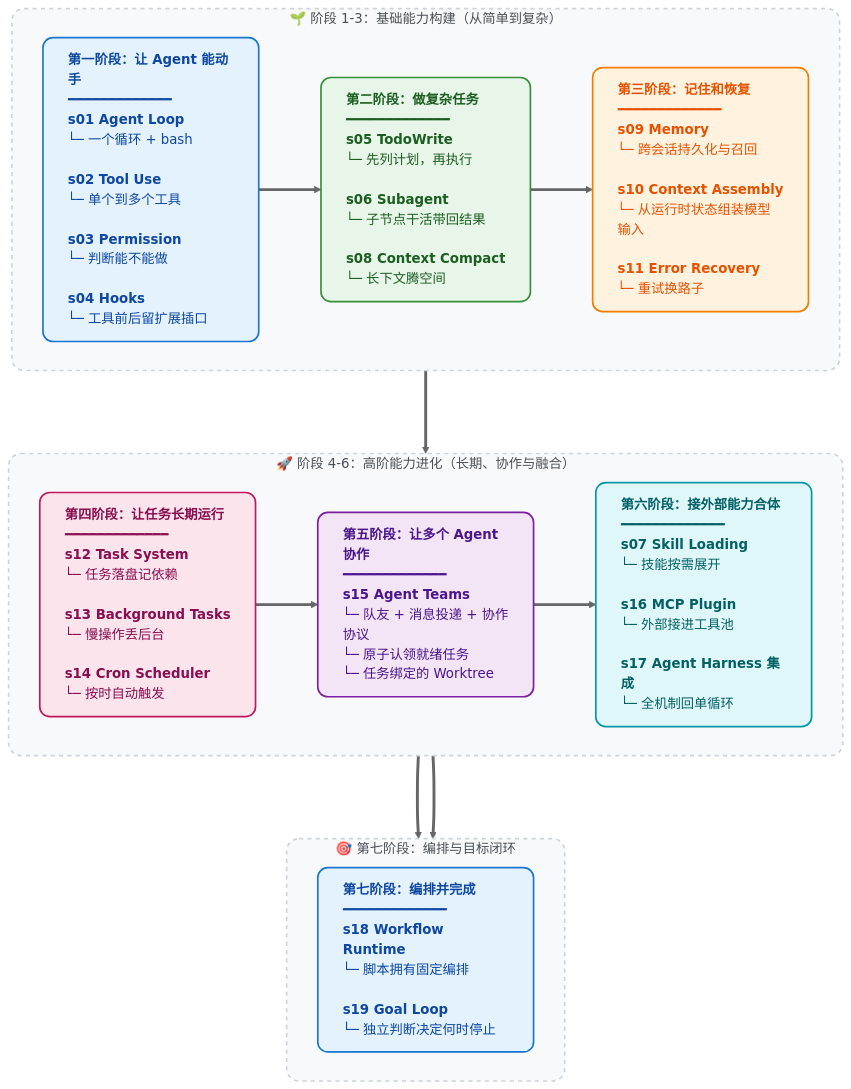
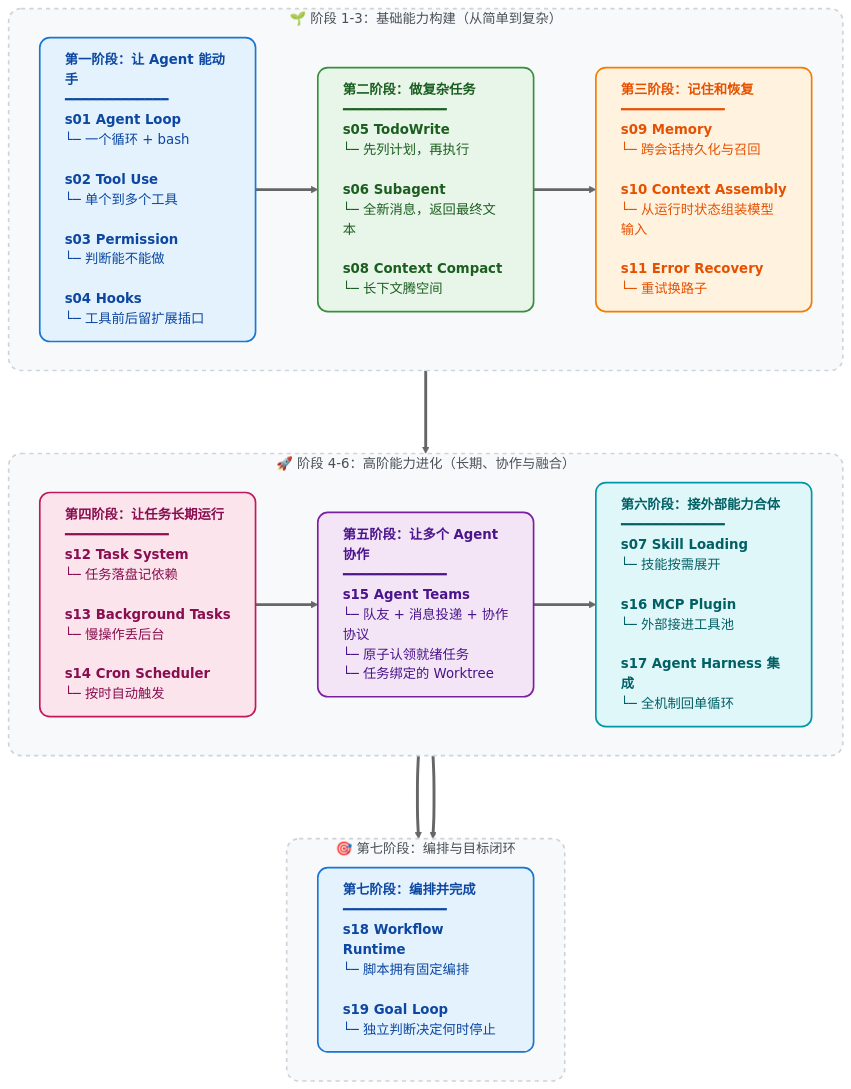
One commit to snake-fan/learn-claude-code changed the diagram in README-zh.md. Above: the diagram before and after it, drawn with Mermaid (neutral theme). The commit also changed other lines of this file and 82 other files, not shown here.

````diff
--- a/README-zh.md
+++ b/README-zh.md
@@ -302,50 +302,50 @@
 ```mermaid
 flowchart TD
     %% 统一定义卡片样式：加入 text-align:left 保证列表不会居中乱飘
     classDef stage1 fill:#E3F2FD,stroke:#1976D2,stroke-width:2px,color:#0D47A1,rx:12,ry:12,text-align:left
     classDef stage2 fill:#E8F5E9,stroke:#388E3C,stroke-width:2px,color:#1B5E20,rx:12,ry:12,text-align:left
     classDef stage3 fill:#FFF3E0,stroke:#F57C00,stroke-width:2px,color:#E65100,rx:12,ry:12,text-align:left
     classDef stage4 fill:#FCE4EC,stroke:#C2185b,stroke-width:2px,color:#880E4F,rx:12,ry:12,text-align:left
     classDef stage5 fill:#F3E5F5,stroke:#7B1FA2,stroke-width:2px,color:#4A148C,rx:12,ry:12,text-align:left
     classDef stage6 fill:#E0F7FA,stroke:#0097A7,stroke-width:2px,color:#006064,rx:12,ry:12,text-align:left
     
     %% 背景框样式
     classDef groupBox fill:#F8F9FA,stroke:#CED4DA,stroke-width:2px,stroke-dasharray: 5 5,rx:15,ry:15,color:#495057
     
     %% 第一层：1-3阶段
     subgraph Phase1 ["🌱 阶段 1-3：基础能力构建（从简单到复杂）"]
         direction LR
         S1["<b>第一阶段：让 Agent 能动手</b><br/>━━━━━━━━━━━━━<br/><b>s01 Agent Loop</b><br/>└─ 一个循环 + bash<br/><br/><b>s02 Tool Use</b><br/>└─ 单个到多个工具<br/><br/><b>s03 Permission</b><br/>└─ 判断能不能做<br/><br/><b>s04 Hooks</b><br/>└─ 工具前后留扩展插口"]:::stage1
 
-        S2["<b>第二阶段：做复杂任务</b><br/>━━━━━━━━━━━━━<br/><b>s05 TodoWrite</b><br/>└─ 先列计划，再执行<br/><br/><b>s06 Subagent</b><br/>└─ 子节点干活带回结果<br/><br/><b>s08 Context Compact</b><br/>└─ 长下文腾空间"]:::stage2
+        S2["<b>第二阶段：做复杂任务</b><br/>━━━━━━━━━━━━━<br/><b>s05 TodoWrite</b><br/>└─ 先列计划，再执行<br/><br/><b>s06 Subagent</b><br/>└─ 全新消息，返回最终文本<br/><br/><b>s08 Context Compact</b><br/>└─ 长下文腾空间"]:::stage2
 
         S3["<b>第三阶段：记住和恢复</b><br/>━━━━━━━━━━━━━<br/><b>s09 Memory</b><br/>└─ 跨会话持久化与召回<br/><br/><b>s10 Context Assembly</b><br/>└─ 从运行时状态组装模型输入<br/><br/><b>s11 Error Recovery</b><br/>└─ 重试换路子"]:::stage3
 
         S1 ==> S2 ==> S3
     end
 
     %% 第二层：4-6阶段
     subgraph Phase2 ["🚀 阶段 4-6：高阶能力进化（长期、协作与融合）"]
         direction LR
         S4["<b>第四阶段：让任务长期运行</b><br/>━━━━━━━━━━━━━<br/><b>s12 Task System</b><br/>└─ 任务落盘记依赖<br/><br/><b>s13 Background Tasks</b><br/>└─ 慢操作丢后台<br/><br/><b>s14 Cron Scheduler</b><br/>└─ 按时自动触发"]:::stage4
 
         S5["<b>第五阶段：让多个 Agent 协作</b><br/>━━━━━━━━━━━━━<br/><b>s15 Agent Teams</b><br/>└─ 队友 + 消息投递 + 协作协议<br/>└─ 原子认领就绪任务<br/>└─ 任务绑定的 Worktree"]:::stage5
 
         S6["<b>第六阶段：接外部能力合体</b><br/>━━━━━━━━━━━━━<br/><b>s07 Skill Loading</b><br/>└─ 技能按需展开<br/><br/><b>s16 MCP Plugin</b><br/>└─ 外部接进工具池<br/><br/><b>s17 Agent Harness 集成</b><br/>└─ 全机制回单循环"]:::stage6
 
         S4 ==> S5 ==> S6
     end
 
     %% 第三层：编排与目标闭环
     subgraph Phase3 ["🎯 第七阶段：编排与目标闭环"]
         direction LR
         S7["<b>第七阶段：编排并完成</b><br/>━━━━━━━━━━━━━<br/><b>s18 Workflow Runtime</b><br/>└─ 脚本拥有固定编排<br/><br/><b>s19 Goal Loop</b><br/>└─ 独立判断决定何时停止"]:::stage1
         S6 ==> S7
     end
 
     %% 将三个模块连接起来，形成 Z 字形阅读流
     Phase1 ===> Phase2 ===> Phase3
 
     %% 应用背景样式
     class Phase1,Phase2,Phase3 groupBox
 ```
````
